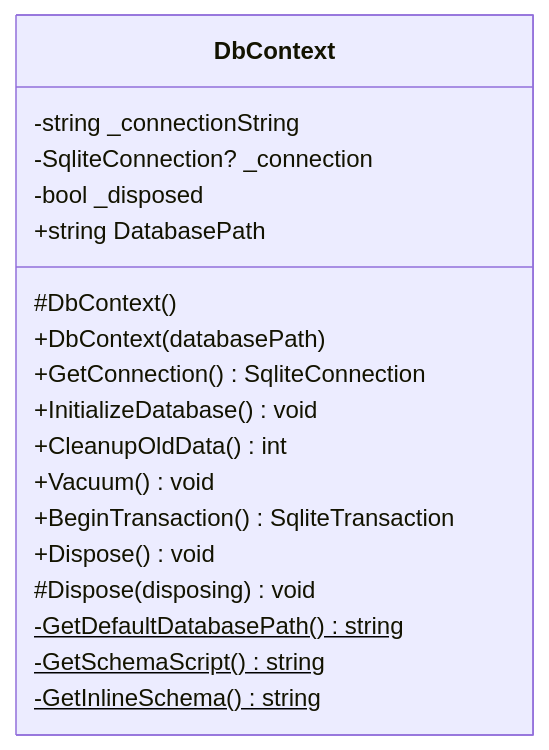
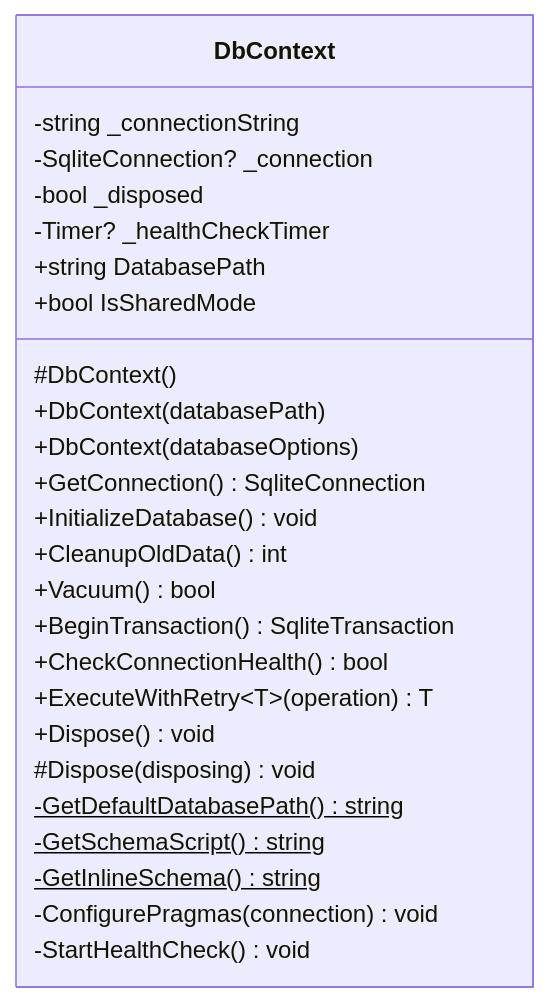
Before and after one commit to kuwayamamasayuki/ICCardManager: the seventh of 39 diagrams in ICCardManager/docs/design/05_クラス設計書.md, drawn with Mermaid. The commit also changed other lines of this file and 23 other files, not shown here.

````diff
--- a/ICCardManager/docs/design/05_クラス設計書.md
+++ b/ICCardManager/docs/design/05_クラス設計書.md
@@ -409,21 +410,28 @@
 ```mermaid
 classDiagram
     class DbContext {
         -string _connectionString
         -SqliteConnection? _connection
         -bool _disposed
+        -Timer? _healthCheckTimer
         +string DatabasePath
+        +bool IsSharedMode
         #DbContext()
         +DbContext(databasePath)
+        +DbContext(databaseOptions)
         +GetConnection() SqliteConnection
         +InitializeDatabase() void
         +CleanupOldData() int
-        +Vacuum() void
+        +Vacuum() bool
         +BeginTransaction() SqliteTransaction
+        +CheckConnectionHealth() bool
+        +ExecuteWithRetry~T~(operation) T
         +Dispose() void
         #Dispose(disposing) void
         -GetDefaultDatabasePath()$ string
         -GetSchemaScript()$ string
         -GetInlineSchema()$ string
+        -ConfigurePragmas(connection) void
+        -StartHealthCheck() void
     }
 ```
````
